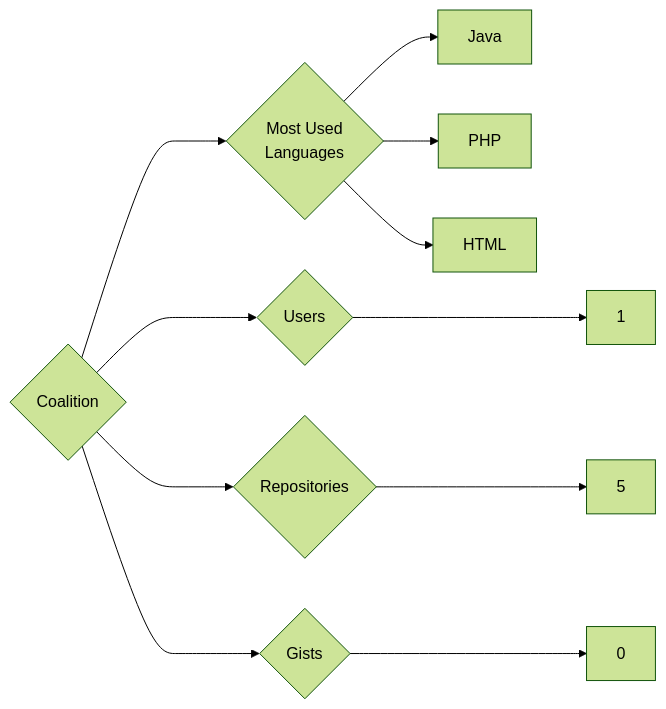
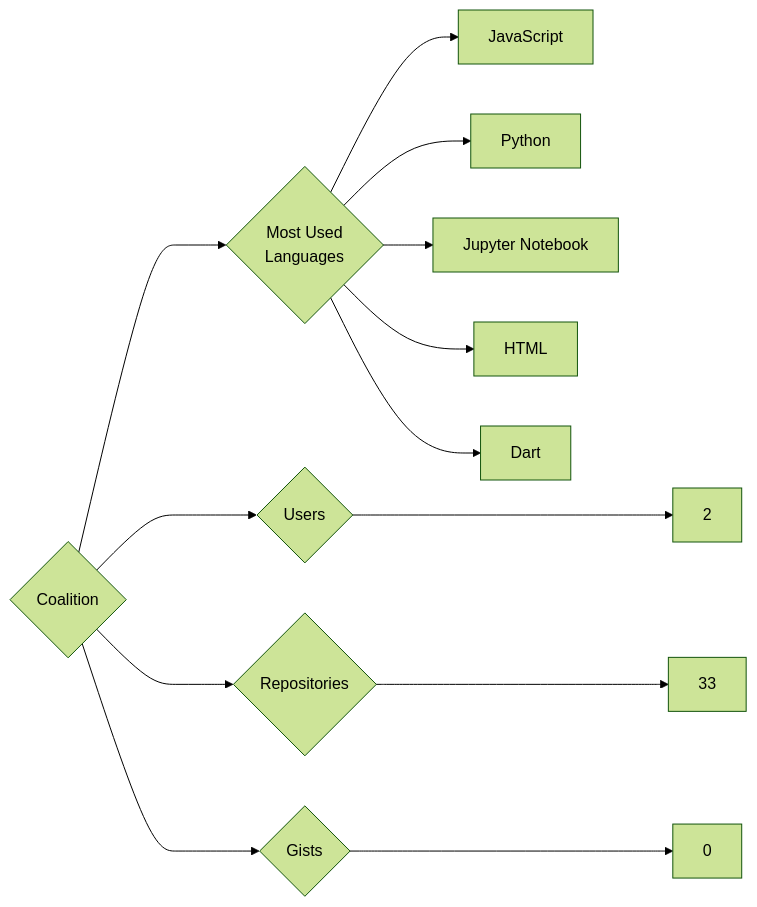
One commit to trickest/insiders changed the diagram in targets/Coalition/README.md. Above: the diagram before and after it, drawn with Mermaid (forest theme). The commit also changed 914 other files, not shown here.

````diff
--- a/targets/Coalition/README.md
+++ b/targets/Coalition/README.md
@@ -3,11 +3,13 @@
 ```mermaid
 graph LR
 COMPANY_NAME{Coalition}
-COMPANY_NAME ---> U{Users} ---> UN[1]
-COMPANY_NAME ---> R{Repositories} ---> RN[5]
+COMPANY_NAME ---> U{Users} ---> UN[2]
+COMPANY_NAME ---> R{Repositories} ---> RN[33]
 COMPANY_NAME ---> G{Gists} ---> GN[0]
 COMPANY_NAME ---> ML{Most Used<br>Languages}
-ML --> Java[Java]
-ML --> PHP[PHP]
+ML --> JavaScript[JavaScript]
+ML --> Python[Python]
+ML --> Jupyter_Notebook[Jupyter Notebook]
 ML --> HTML[HTML]
+ML --> Dart[Dart]
 ```
````
